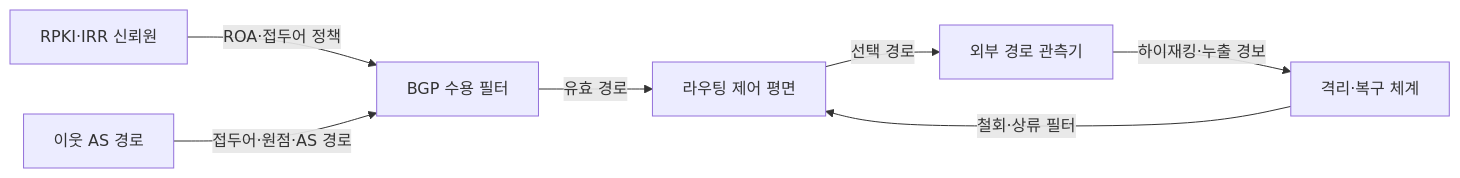
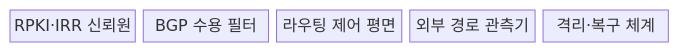
Before and after one commit to agnusdei1207/knowledge-base: the first of 2 diagrams in src/content/docs/notes/04-network/110_bgp_hijacking_prevention.md, drawn with Mermaid. The commit also changed other lines of this file and 9 other files, not shown here.

````diff
--- a/src/content/docs/notes/04-network/110_bgp_hijacking_prevention.md
+++ b/src/content/docs/notes/04-network/110_bgp_hijacking_prevention.md
@@ -55,9 +56,9 @@
 ```mermaid
-flowchart LR
-    A["RPKI·IRR 신뢰원"] -->|ROA·접두어 정책| B["BGP 수용 필터"]
-    C["이웃 AS 경로"] -->|접두어·원점·AS 경로| B
-    B -->|유효 경로| D["라우팅 제어 평면"]
-    D -->|선택 경로| E["외부 경로 관측기"]
-    E -->|하이재킹·누출 경보| F["격리·복구 체계"]
-    F -->|철회·상류 필터| D
+block-beta
+    columns 5
+    A["RPKI·IRR 신뢰원"]
+    B["BGP 수용 필터"]
+    C["라우팅 제어 평면"]
+    D["외부 경로 관측기"]
+    E["격리·복구 체계"]
 ```
````
